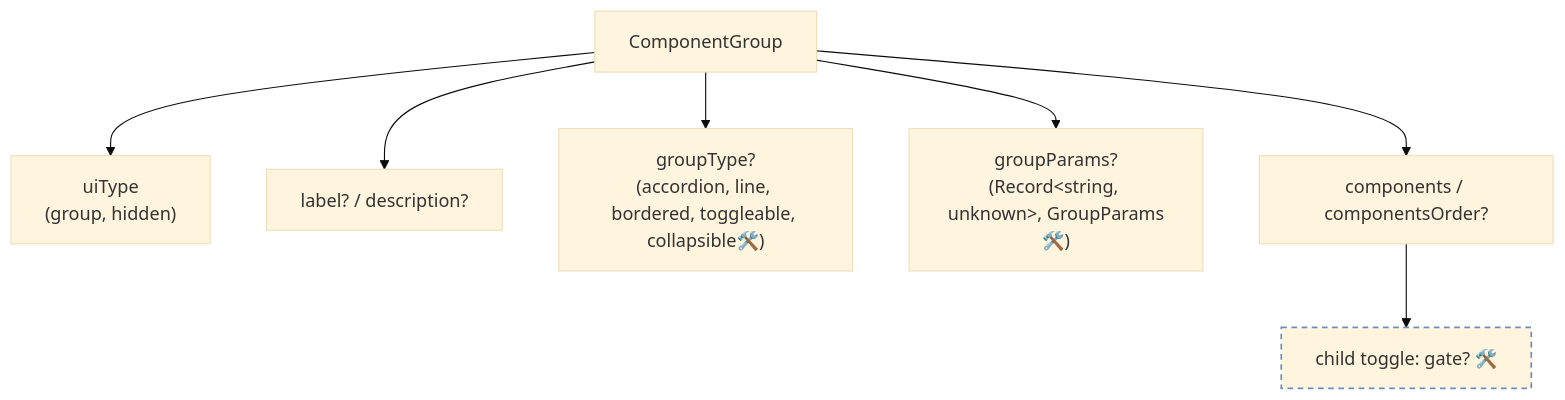
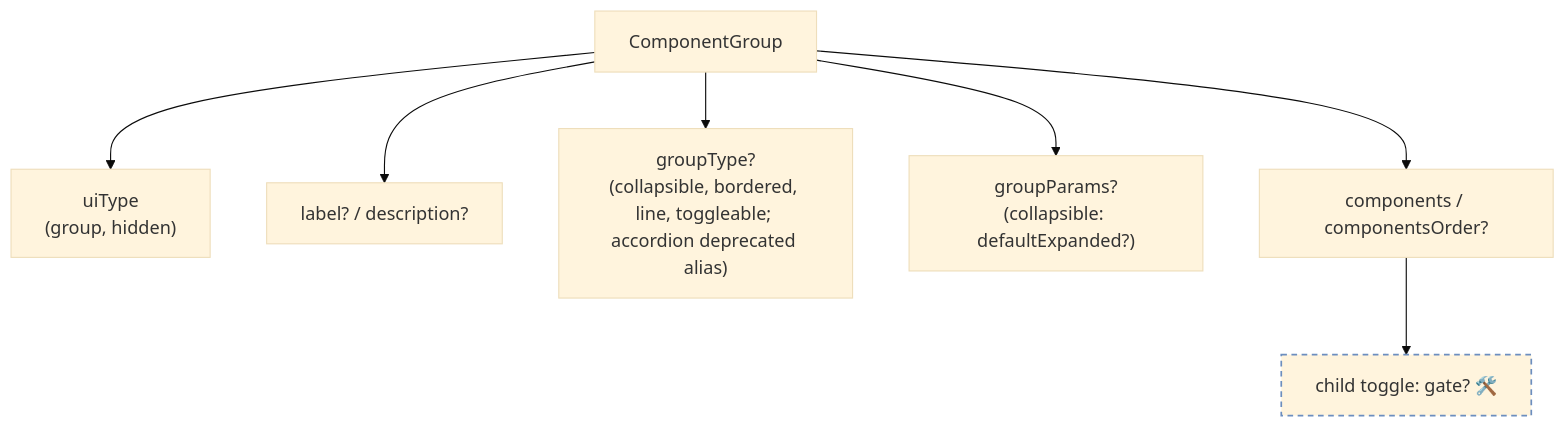
Before and after one commit to openeverest/openeverest: the second of 6 diagrams in docs/ui/architecture/ui-generator/schema-reference.md, drawn with Mermaid (base theme). The commit also changed other lines of this file and 14 other files, not shown here.

First line of the commit message:
feat(ui): add UI Generator collapsible group type

````diff
--- a/docs/ui/architecture/ui-generator/schema-reference.md
+++ b/docs/ui/architecture/ui-generator/schema-reference.md
@@ -33,12 +33,12 @@
 ```mermaid
 flowchart TD
   G["ComponentGroup"] --> U["uiType<br/>(group, hidden)"]
   G --> LD["label? / description?"]
-  G --> GT["groupType?<br/>(accordion, line, bordered, toggleable, collapsible🛠️)"]
-  G --> GP["groupParams?<br/>(Record&lt;string, unknown&gt;, GroupParams🛠️)"]
+  G --> GT["groupType?<br/>(collapsible, bordered, line, toggleable; accordion deprecated alias)"]
+  G --> GP["groupParams?<br/>(collapsible: defaultExpanded?)"]
   G --> CH["components / componentsOrder?"]
   CH --> GATE["child toggle: gate? 🛠️"]
 
   classDef planned stroke-dasharray:5 4,stroke:#6c8ebf,stroke-width:1.5px;
   class GATE planned;
 ```
````
